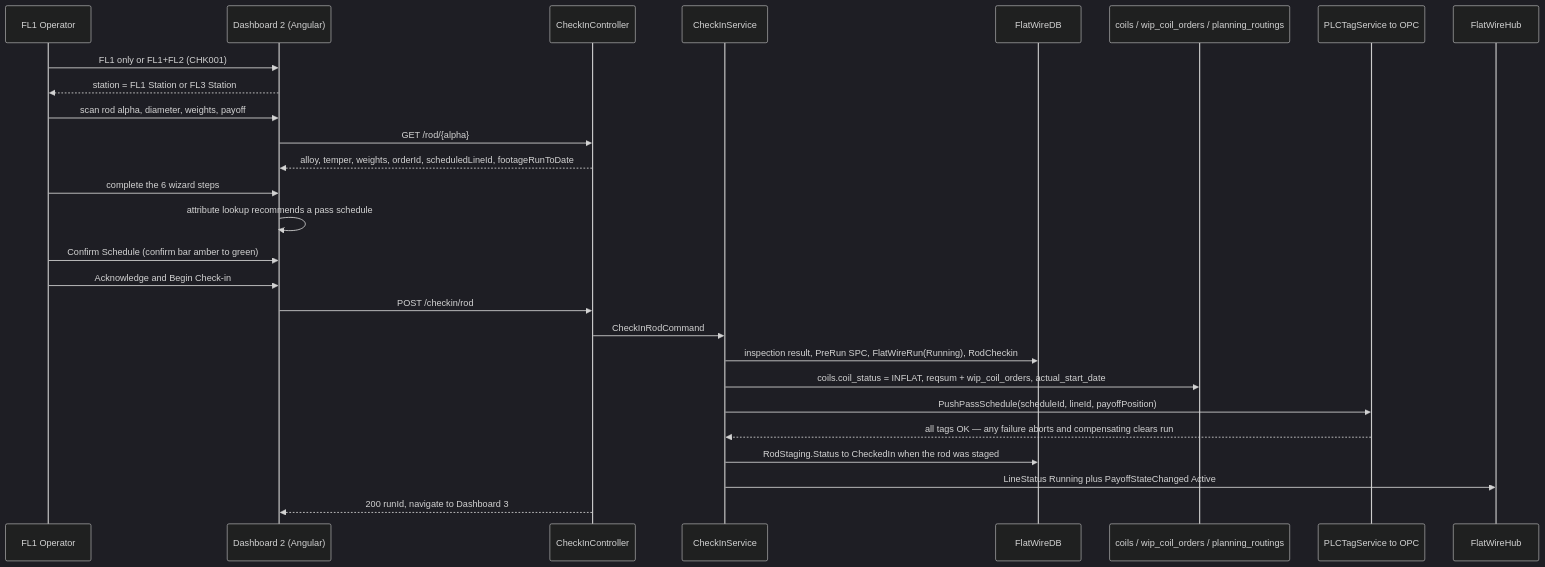
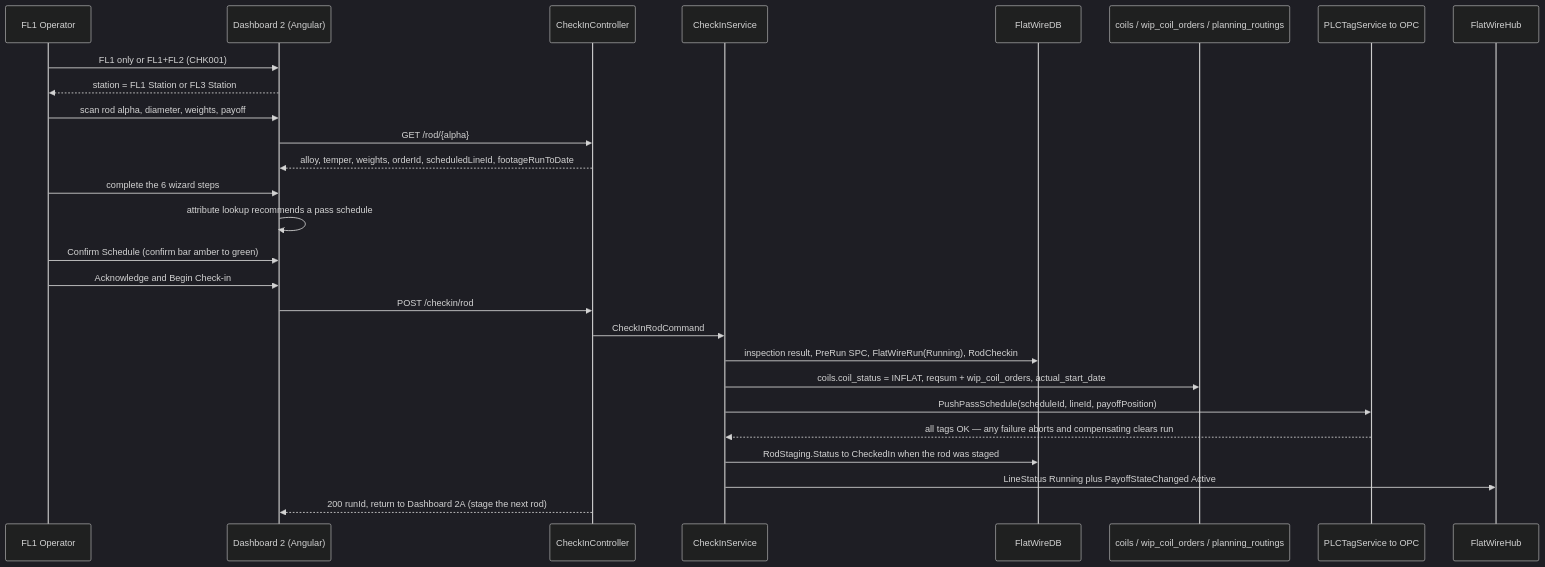
The second of 7 diagrams in LatestDocument/FlatWire_MasterSpecification.md (UnitedAluminum/Flatwire-planning), drawn with Mermaid (dark theme) before and after one commit. The commit also changed other lines of this file and 51 other files, not shown here.

````diff
--- a/LatestDocument/FlatWire_MasterSpecification.md
+++ b/LatestDocument/FlatWire_MasterSpecification.md
@@ -314,30 +314,30 @@
 ```mermaid
 sequenceDiagram
     participant OP as FL1 Operator
     participant NG as Dashboard 2 (Angular)
     participant API as CheckInController
     participant SVC as CheckInService
     participant DB as FlatWireDB
     participant LEG as coils / wip_coil_orders / planning_routings
     participant PLC as PLCTagService to OPC
     participant HUB as FlatWireHub
 
     OP->>NG: FL1 only or FL1+FL2 (CHK001)
     NG-->>OP: station = FL1 Station or FL3 Station
     OP->>NG: scan rod alpha, diameter, weights, payoff
     NG->>API: GET /rod/{alpha}
     API-->>NG: alloy, temper, weights, orderId, scheduledLineId, footageRunToDate
     OP->>NG: complete the 6 wizard steps
     NG->>NG: attribute lookup recommends a pass schedule
     OP->>NG: Confirm Schedule (confirm bar amber to green)
     OP->>NG: Acknowledge and Begin Check-in
     NG->>API: POST /checkin/rod
     API->>SVC: CheckInRodCommand
     SVC->>DB: inspection result, PreRun SPC, FlatWireRun(Running), RodCheckin
     SVC->>LEG: coils.coil_status = INFLAT, reqsum + wip_coil_orders, actual_start_date
     SVC->>PLC: PushPassSchedule(scheduleId, lineId, payoffPosition)
     PLC-->>SVC: all tags OK — any failure aborts and compensating clears run
     SVC->>DB: RodStaging.Status to CheckedIn when the rod was staged
     SVC->>HUB: LineStatus Running plus PayoffStateChanged Active
-    API-->>NG: 200 runId, navigate to Dashboard 3
+    API-->>NG: 200 runId, return to Dashboard 2A (stage the next rod)
 ```
````
